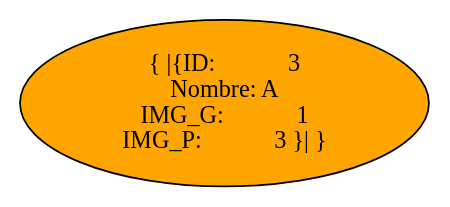
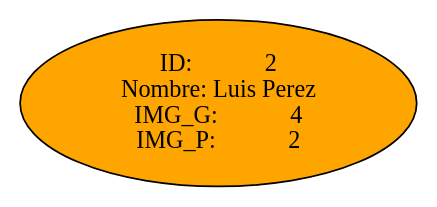
Before and after one commit to helenrodas/fase1ProyectoEdd: the diagram in IdCliente.dot, drawn with Graphviz. The commit also changed 14 other files, not shown here.

```diff
--- a/IdCliente.dot
+++ b/IdCliente.dot
@@ -1,8 +1,8 @@
  digraph G {
    node [shape=ellipse];
    rankdir=LR
    graph [ bgcolor=white];
- "nodo    2"[label="{ |{ID:            3 \n Nombre: A\n IMG_G:            1 \n IMG_P:            3 }| }", fillcolor=orange, style=filled];
+ "nodo    2"[label="ID:            2 \n Nombre: Luis Perez\n IMG_G:            4 \n IMG_P:            2 ", fillcolor=orange, style=filled];
  
  rankdir = LR
  }
```
